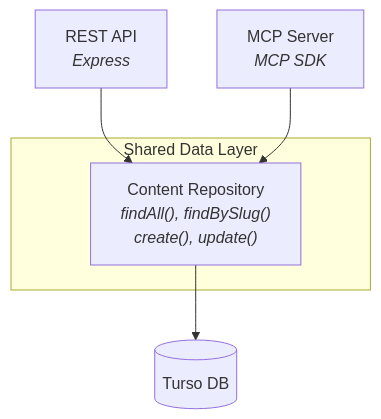
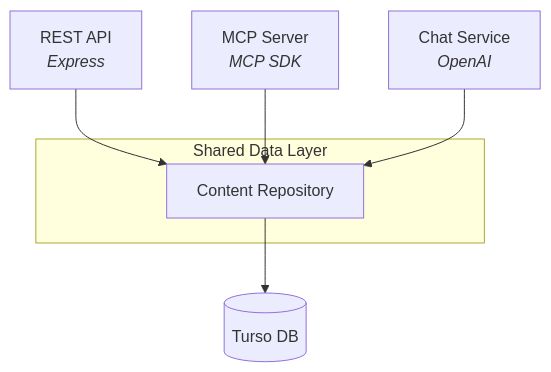
The diagram in docs-site/integrations/index.md (spencerjireh/portfolio-cms-express-backend-with-mcp-server), drawn with Mermaid before and after one commit. The commit also changed other lines of this file and 22 other files, not shown here.

````diff
--- a/docs-site/integrations/index.md
+++ b/docs-site/integrations/index.md
@@ -73,15 +52,17 @@
 ```mermaid
 flowchart TB
     restApi["REST API<br/><i>Express</i>"]
     mcpServer["MCP Server<br/><i>MCP SDK</i>"]
+    chat["Chat Service<br/><i>OpenAI</i>"]
 
     subgraph dataLayer["Shared Data Layer"]
-        repo["Content Repository<br/><i>findAll(), findBySlug()<br/>create(), update()</i>"]
+        repo["Content Repository"]
     end
 
     turso[("Turso DB")]
 
     restApi --> repo
     mcpServer --> repo
+    chat --> repo
     repo --> turso
 ```
````
